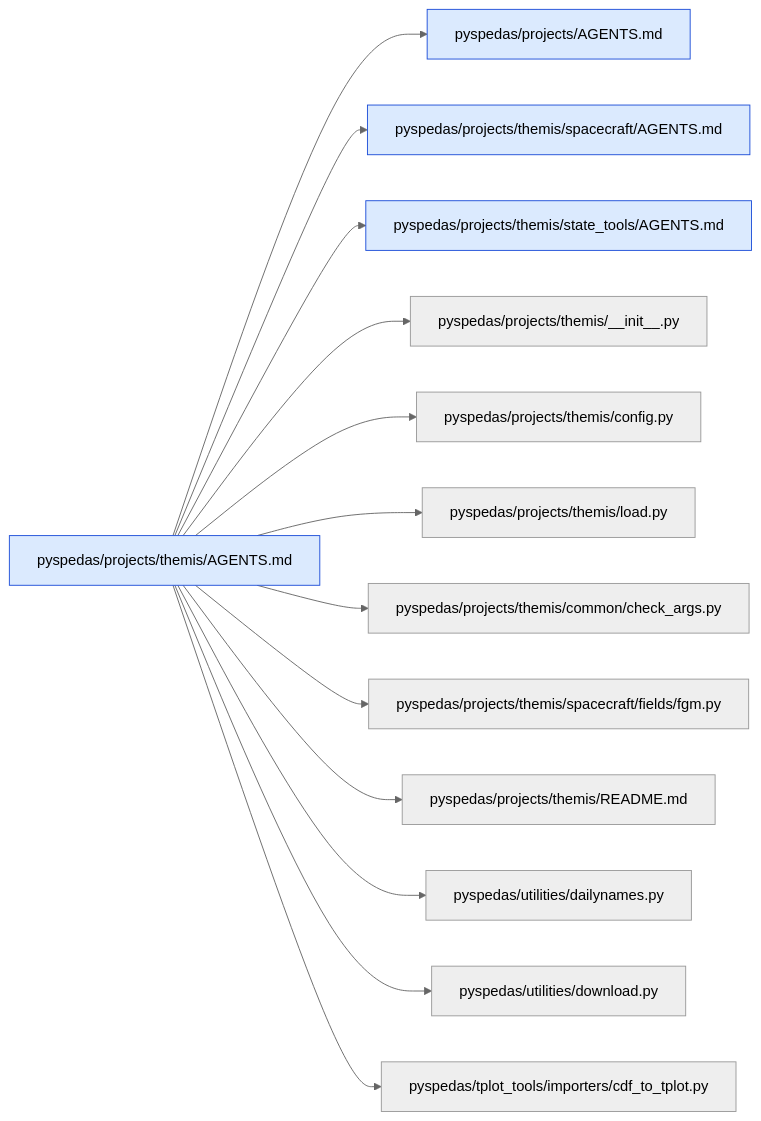
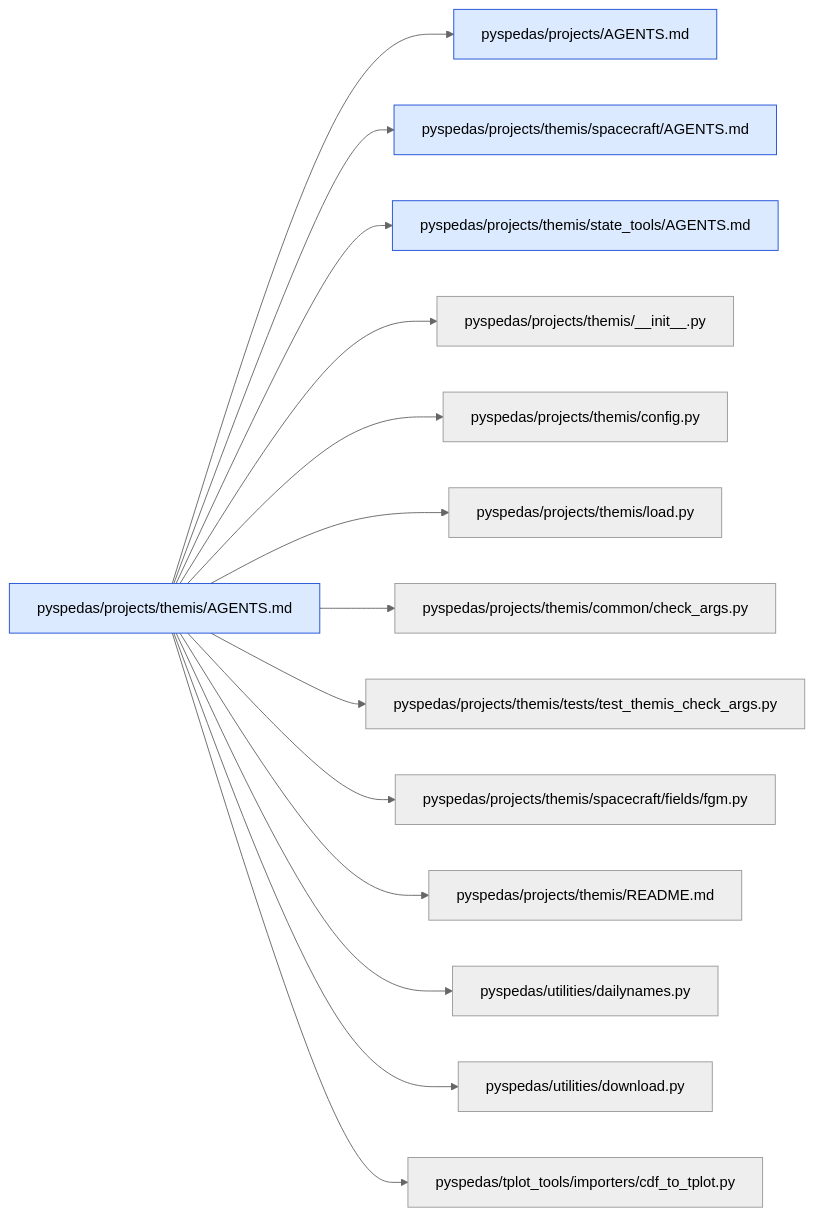
One commit to spedas/pyspedas changed diagram 34 of 43 in .agents/map/MAP.md. Above: the diagram before and after it, drawn with Mermaid (neutral theme). The commit also changed other lines of this file and 1 other file, not shown here.

````diff
--- a/.agents/map/MAP.md
+++ b/.agents/map/MAP.md
@@ -1204,18 +1245,19 @@
 ```mermaid
 graph LR
   classDef agents fill:#dbeafe,stroke:#1d4ed8
   classDef missing fill:#fee2e2,stroke:#b91c1c,stroke-dasharray:4
   self["pyspedas/projects/themis/AGENTS.md"]:::agents
   self --> r0["pyspedas/projects/AGENTS.md"]:::agents
   self --> r1["pyspedas/projects/themis/spacecraft/AGENTS.md"]:::agents
   self --> r2["pyspedas/projects/themis/state_tools/AGENTS.md"]:::agents
   self --> r3["pyspedas/projects/themis/__init__.py"]
   self --> r4["pyspedas/projects/themis/config.py"]
   self --> r5["pyspedas/projects/themis/load.py"]
   self --> r6["pyspedas/projects/themis/common/check_args.py"]
-  self --> r7["pyspedas/projects/themis/spacecraft/fields/fgm.py"]
-  self --> r8["pyspedas/projects/themis/README.md"]
-  self --> r9["pyspedas/utilities/dailynames.py"]
-  self --> r10["pyspedas/utilities/download.py"]
-  self --> r11["pyspedas/tplot_tools/importers/cdf_to_tplot.py"]
+  self --> r7["pyspedas/projects/themis/tests/test_themis_check_args.py"]
+  self --> r8["pyspedas/projects/themis/spacecraft/fields/fgm.py"]
+  self --> r9["pyspedas/projects/themis/README.md"]
+  self --> r10["pyspedas/utilities/dailynames.py"]
+  self --> r11["pyspedas/utilities/download.py"]
+  self --> r12["pyspedas/tplot_tools/importers/cdf_to_tplot.py"]
 ```
````
